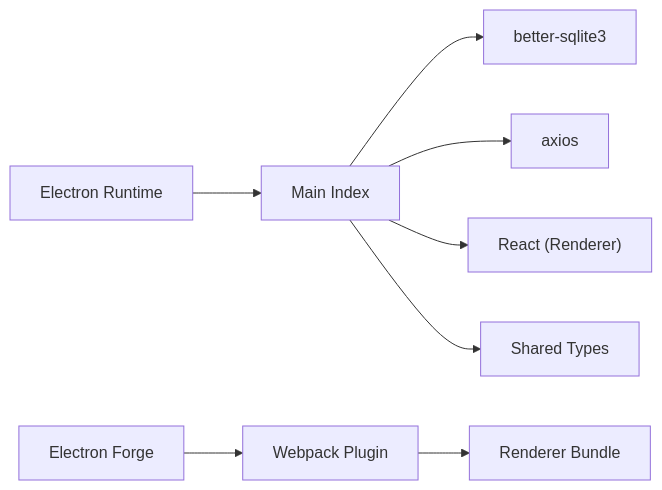
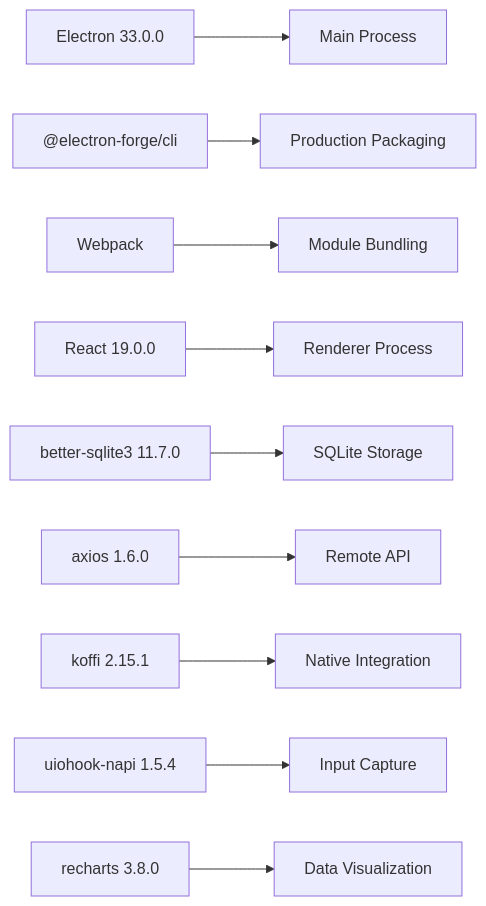
Before and after one commit to WizardJIOCb/rodion.pro: diagram 11 of 11 in .qoder/repowiki/en/content/Core Features/Electron Desktop Application.md, drawn with Mermaid. The commit also changed other lines of this file and 26 other files, not shown here.

````diff
--- a/.qoder/repowiki/en/content/Core Features/Electron Desktop Application.md
+++ b/.qoder/repowiki/en/content/Core Features/Electron Desktop Application.md
@@ -398,10 +747,12 @@
 ```mermaid
 graph LR
-Electron["Electron Runtime"] --> MainIndex["Main Index"]
-Forge["Electron Forge"] --> Webpack["Webpack Plugin"]
-Webpack --> RendererBundle["Renderer Bundle"]
-MainIndex --> BetterSQLite["better-sqlite3"]
-MainIndex --> Axios["axios"]
-MainIndex --> React["React (Renderer)"]
-MainIndex --> Types["Shared Types"]
+Electron["Electron 33.0.0"] --> MainProcess["Main Process"]
+Forge["@electron-forge/cli"] --> Packaging["Production Packaging"]
+Webpack["Webpack"] --> Bundling["Module Bundling"]
+React["React 19.0.0"] --> Renderer["Renderer Process"]
+BetterSQLite["better-sqlite3 11.7.0"] --> Storage["SQLite Storage"]
+Axios["axios 1.6.0"] --> API["Remote API"]
+Koffi["koffi 2.15.1"] --> Native["Native Integration"]
+Uiohook["uiohook-napi 1.5.4"] --> Input["Input Capture"]
+Recharts["recharts 3.8.0"] --> Charts["Data Visualization"]
 ```
````
